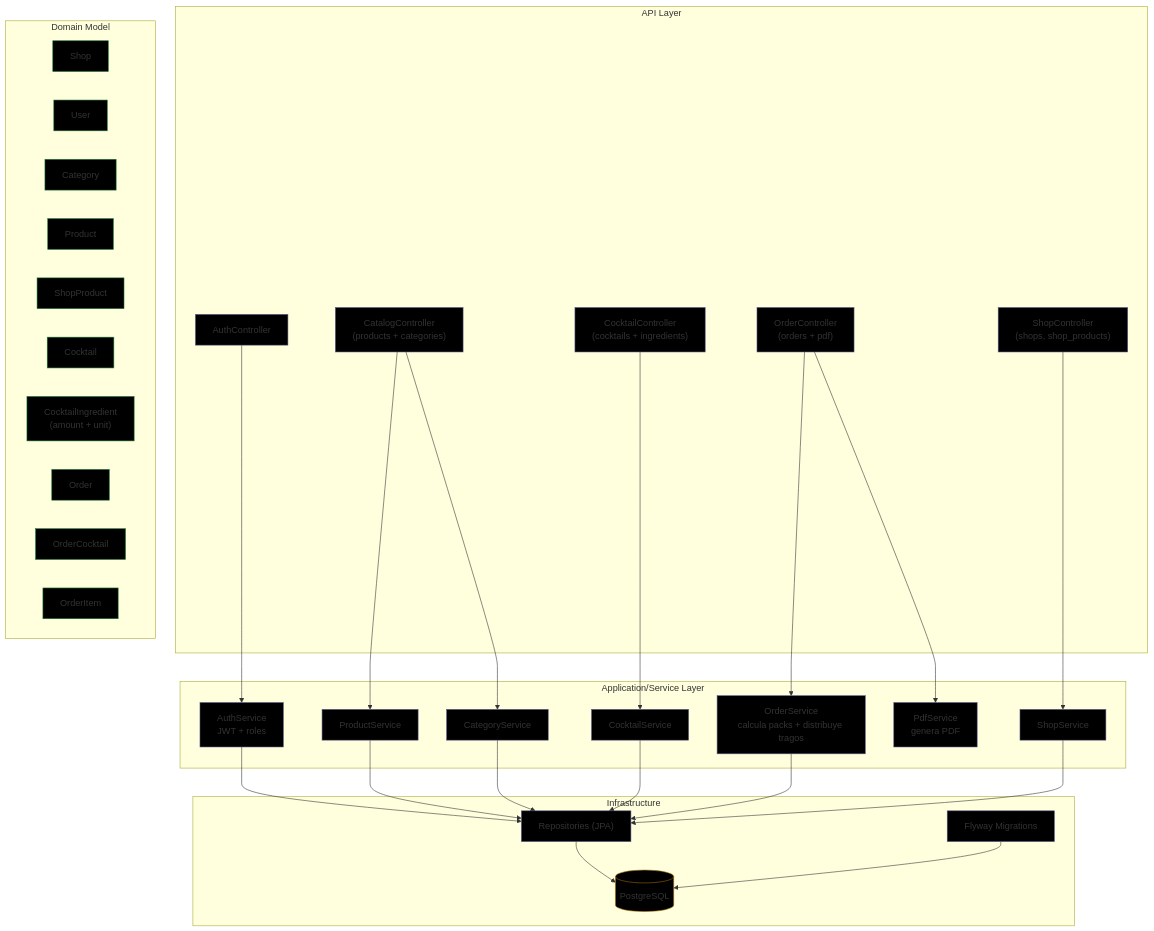
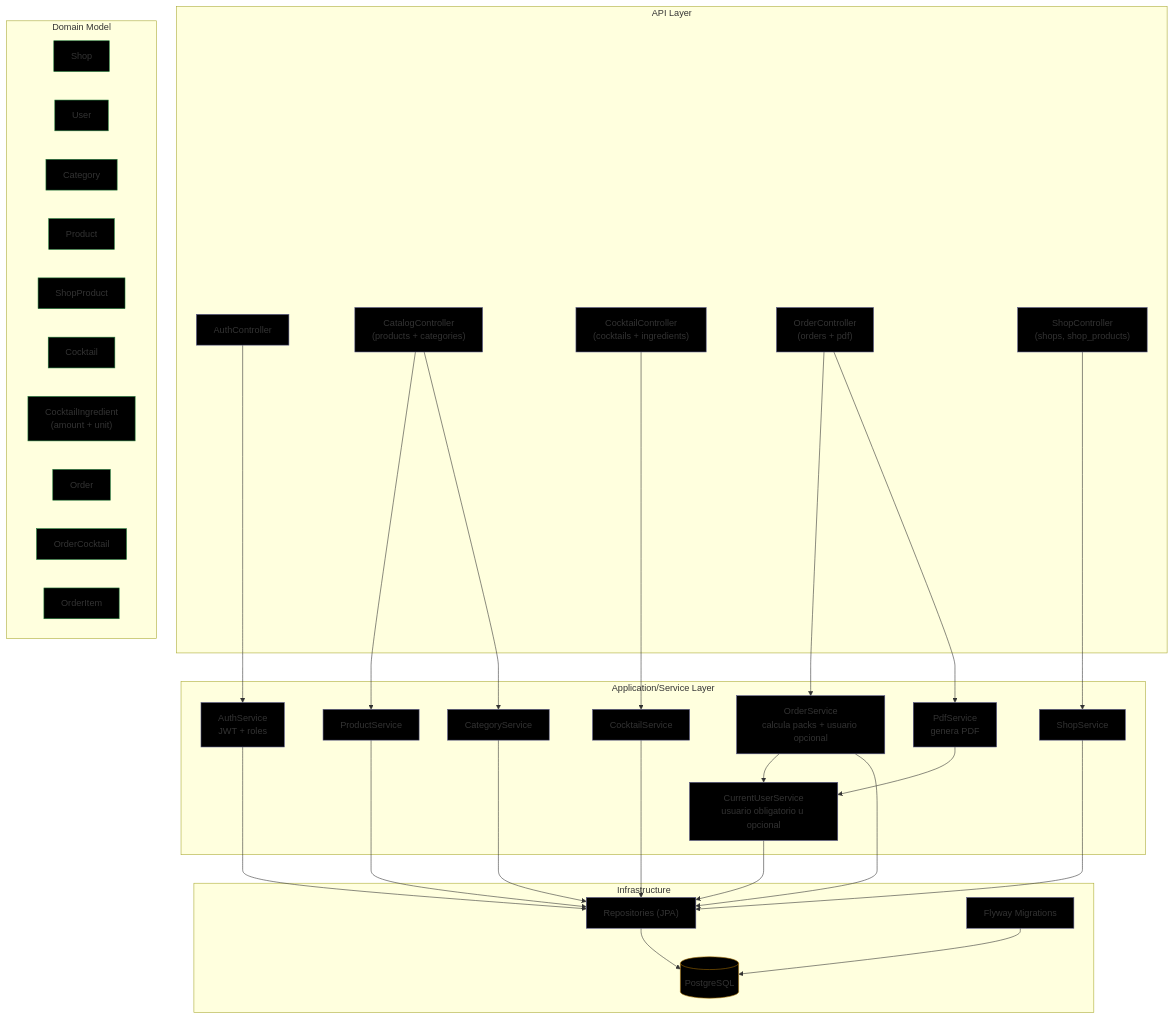
Before and after one commit to Fran3103/CocktailOps: the third of 3 diagrams in backend/README.md, drawn with Mermaid. The commit also changed other lines of this file, not shown here.

Commit message:
docs: document public order creation flow

````diff
--- a/backend/README.md
+++ b/backend/README.md
@@ -805,63 +946,67 @@
 ```mermaid
 flowchart TB
 subgraph API["API Layer"]
     C1["AuthController"]:::box
     C2["CatalogController<br/>(products + categories)"]:::box
     C3["CocktailController<br/>(cocktails + ingredients)"]:::box
     C4["OrderController<br/>(orders + pdf)"]:::box
     C5["ShopController<br/>(shops, shop_products)"]:::box
 end
 
 subgraph APP["Application/Service Layer"]
     S1["AuthService<br/>JWT + roles"]:::box
     S2["ProductService"]:::box
     S7["CategoryService"]:::box
     S3["CocktailService"]:::box
-    S4["OrderService<br/>calcula packs + distribuye tragos"]:::box
+    S4["OrderService<br/>calcula packs + usuario opcional"]:::box
     S5["PdfService<br/>genera PDF"]:::box
     S6["ShopService"]:::box
+    S8["CurrentUserService<br/>usuario obligatorio u opcional"]:::box
 end
 
 subgraph DOMAIN["Domain Model"]
     D7["Shop"]:::entity
     D6["User"]:::entity
     D9["Category"]:::entity
     D1["Product"]:::entity
     D8["ShopProduct"]:::entity
 
     D2["Cocktail"]:::entity
     D3["CocktailIngredient<br/>(amount + unit)"]:::entity
 
     D4["Order"]:::entity
     D10["OrderCocktail"]:::entity
     D5["OrderItem"]:::entity
 end
 
 subgraph INFRA["Infrastructure"]
     R1["Repositories (JPA)"]:::box
     FLY["Flyway Migrations"]:::box
     DB[("PostgreSQL")]:::db
 end
 
 C1 --> S1
 C2 --> S2
 C2 --> S7
 C3 --> S3
 C4 --> S4
 C4 --> S5
 C5 --> S6
 
 S1 --> R1
 S2 --> R1
 S7 --> R1
 S3 --> R1
+S4 --> S8
 S4 --> R1
+S5 --> S8
 S6 --> R1
+S8 --> R1
 
 R1 --> DB
 FLY --> DB
 
 classDef box fill:#000000,stroke:#5a5a8a,stroke-width:1px;
 classDef db fill:#000000,stroke:#a06a00,stroke-width:1px;
 classDef entity fill:#000000,stroke:#1f7a3a,stroke-width:1px;
 ```
````
